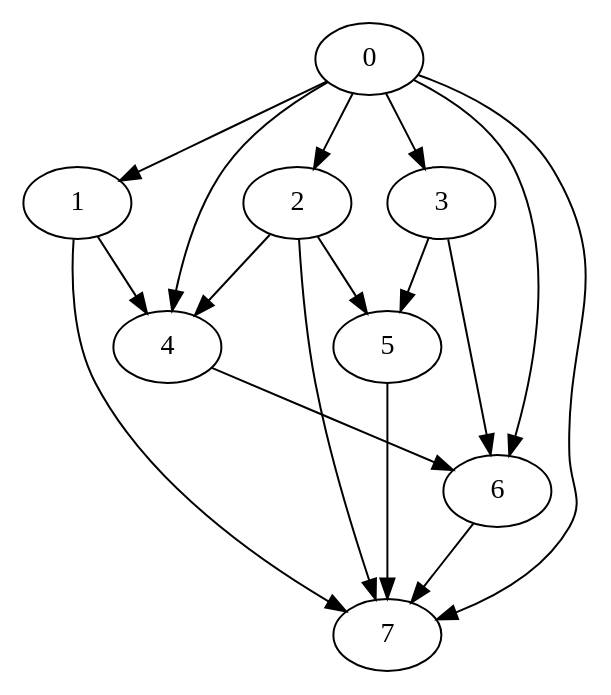
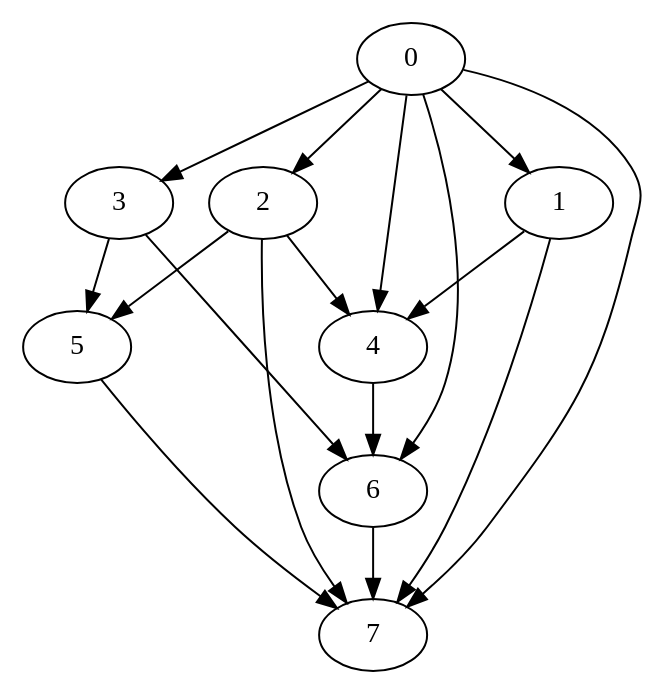
The diagram in dot/Nodes_8_Random-output.dot (PJhaveri02/Task-Scheduler), drawn with Graphviz before and after one commit. The commit also changed 6 other files, not shown here.

```diff
--- a/dot/Nodes_8_Random-output.dot
+++ b/dot/Nodes_8_Random-output.dot
@@ -1,26 +1,26 @@
 digraph "outputGraph" {
-		0   [Weight = 35, Start= 0, Processor=1];
-		1   [Weight = 88, Start= 35, Processor=1];
+		3	[Weight=159, Start=42, Processor=2]
+		0 -> 3   [Weight = 7];
+		1	[Weight=88, Start=38, Processor=3]
 		0 -> 1   [Weight = 3];
-		2   [Weight = 176, Start= 123, Processor=1];
-		0 -> 2   [Weight = 9];
-		3   [Weight = 159, Start= 299, Processor=1];
-		0 -> 3   [Weight = 7];
-		4   [Weight = 176, Start= 458, Processor=1];
-		0 -> 4   [Weight = 5];
-		2 -> 4   [Weight = 8];
-		1 -> 4   [Weight = 10];
-		5   [Weight = 141, Start= 634, Processor=1];
+		5	[Weight=141, Start=217, Processor=3]
 		2 -> 5   [Weight = 6];
 		3 -> 5   [Weight = 5];
-		6   [Weight = 141, Start= 775, Processor=1];
+		0	[Weight=35, Start=0, Processor=4]
+		2	[Weight=176, Start=35, Processor=4]
+		0 -> 2   [Weight = 9];
+		4	[Weight=176, Start=211, Processor=4]
+		2 -> 4   [Weight = 8];
+		0 -> 4   [Weight = 5];
+		1 -> 4   [Weight = 10];
+		6	[Weight=141, Start=387, Processor=4]
 		4 -> 6   [Weight = 2];
 		0 -> 6   [Weight = 4];
 		3 -> 6   [Weight = 8];
-		7   [Weight = 53, Start= 916, Processor=1];
+		7	[Weight=53, Start=528, Processor=4]
+		2 -> 7   [Weight = 3];
+		5 -> 7   [Weight = 4];
 		6 -> 7   [Weight = 8];
 		0 -> 7   [Weight = 9];
-		2 -> 7   [Weight = 3];
-		5 -> 7   [Weight = 4];
 		1 -> 7   [Weight = 6];
 }
```
